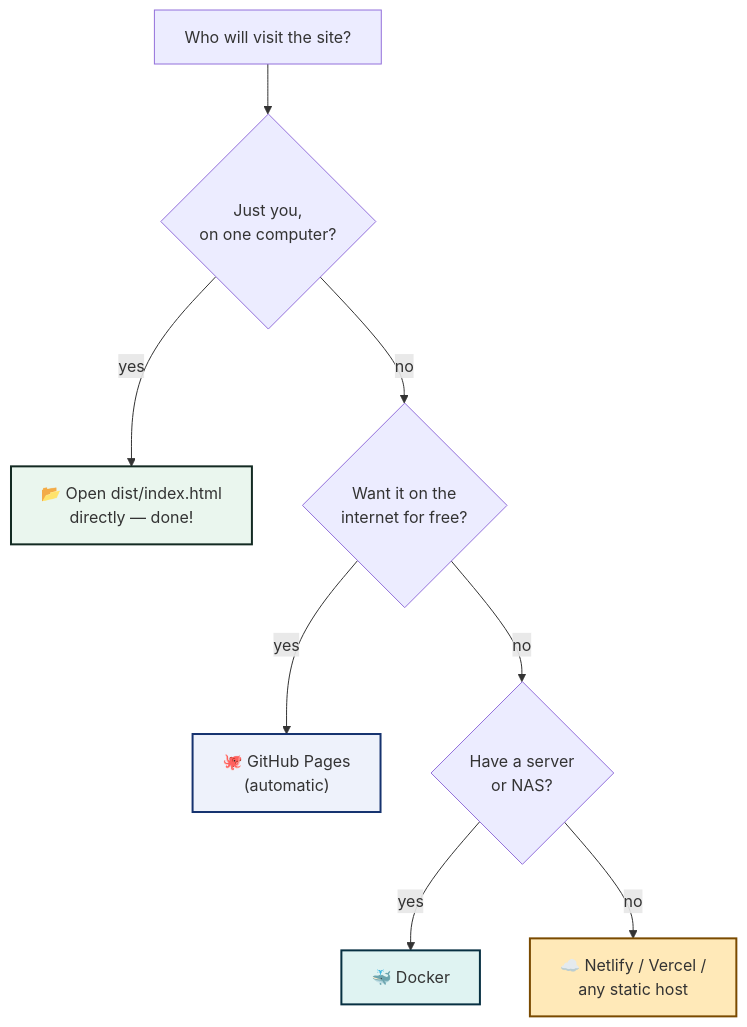
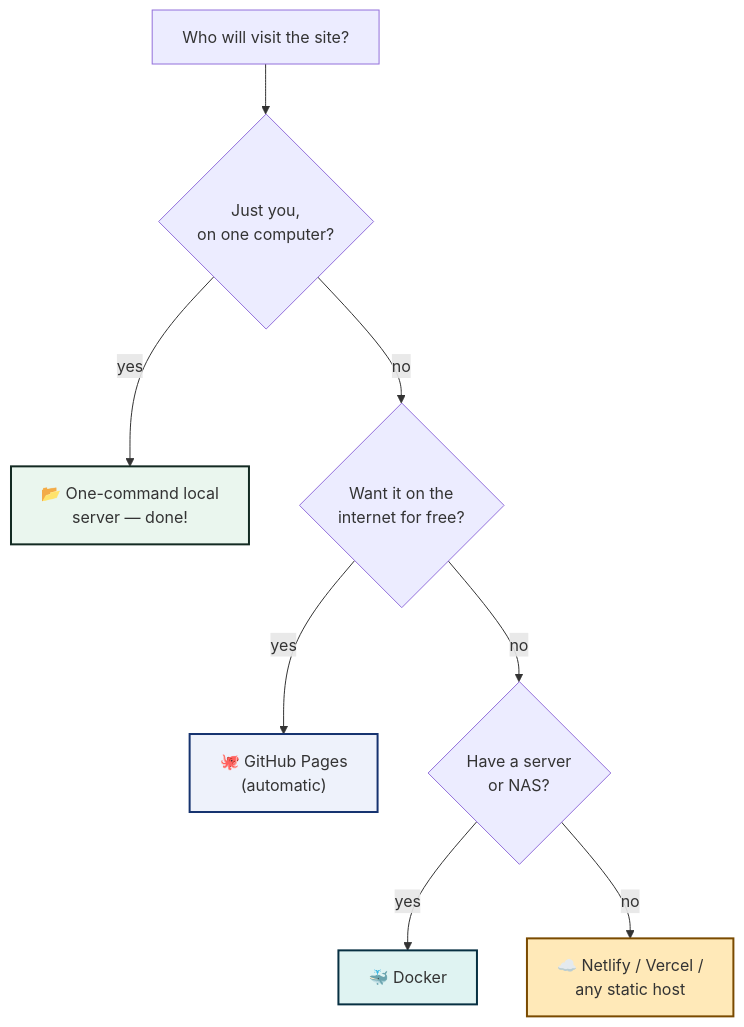
The diagram in docs/SELF_HOSTING.md (RUN-APPAREL/stitchcode), drawn with Mermaid before and after one commit. The commit also changed other lines of this file and 8 other files, not shown here.

````diff
--- a/docs/SELF_HOSTING.md
+++ b/docs/SELF_HOSTING.md
@@ -10,15 +10,15 @@
 ```mermaid
 flowchart TD
   A["Who will visit the site?"] --> B{"Just you,<br/>on one computer?"}
-  B -- yes --> C["📂 Open dist/index.html<br/>directly — done!"]
+  B -- yes --> C["📂 One-command local<br/>server — done!"]
   B -- no --> D{"Want it on the<br/>internet for free?"}
   D -- yes --> E["🐙 GitHub Pages<br/>(automatic)"]
   D -- no --> F{"Have a server<br/>or NAS?"}
   F -- yes --> G["🐳 Docker"]
   F -- no --> H["☁️ Netlify / Vercel /<br/>any static host"]
 
   style C fill:#eaf6ee,stroke:#132a22,stroke-width:2px
   style E fill:#eef2fb,stroke:#16336f,stroke-width:2px
   style G fill:#dff3f2,stroke:#073042,stroke-width:2px
   style H fill:#ffe9b8,stroke:#7a4a00,stroke-width:2px
 ```
````
